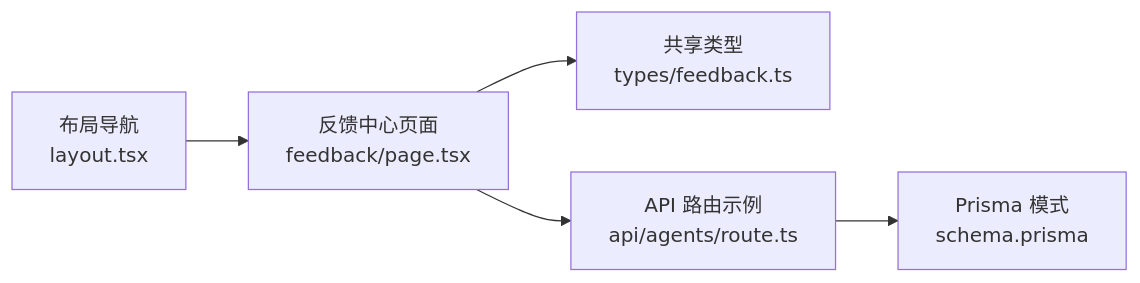
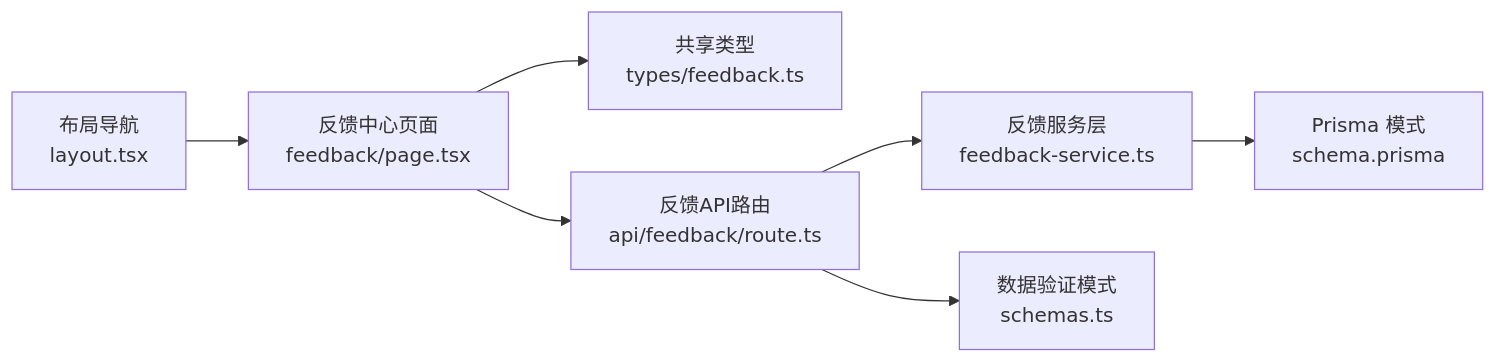
One commit to ai-guru-global/agent-up changed the sixth of 6 diagrams in .qoder/repowiki/zh/content/功能模块/反馈中心.md. Above: the diagram before and after it, drawn with Mermaid. The commit also changed other lines of this file and 57 other files, not shown here.

````diff
--- a/.qoder/repowiki/zh/content/功能模块/反馈中心.md
+++ b/.qoder/repowiki/zh/content/功能模块/反馈中心.md
@@ -343,7 +432,9 @@
 ```mermaid
 graph LR
 FE["反馈中心页面<br/>feedback/page.tsx"] --> SHARED["共享类型<br/>types/feedback.ts"]
-FE --> API["API 路由示例<br/>api/agents/route.ts"]
-API --> PRISMA["Prisma 模式<br/>schema.prisma"]
+FE --> API["反馈API路由<br/>api/feedback/route.ts"]
+API --> SVC["反馈服务层<br/>feedback-service.ts"]
+API --> SCH["数据验证模式<br/>schemas.ts"]
+SVC --> PRISMA["Prisma 模式<br/>schema.prisma"]
 NAV["布局导航<br/>layout.tsx"] --> FE
 ```
````
